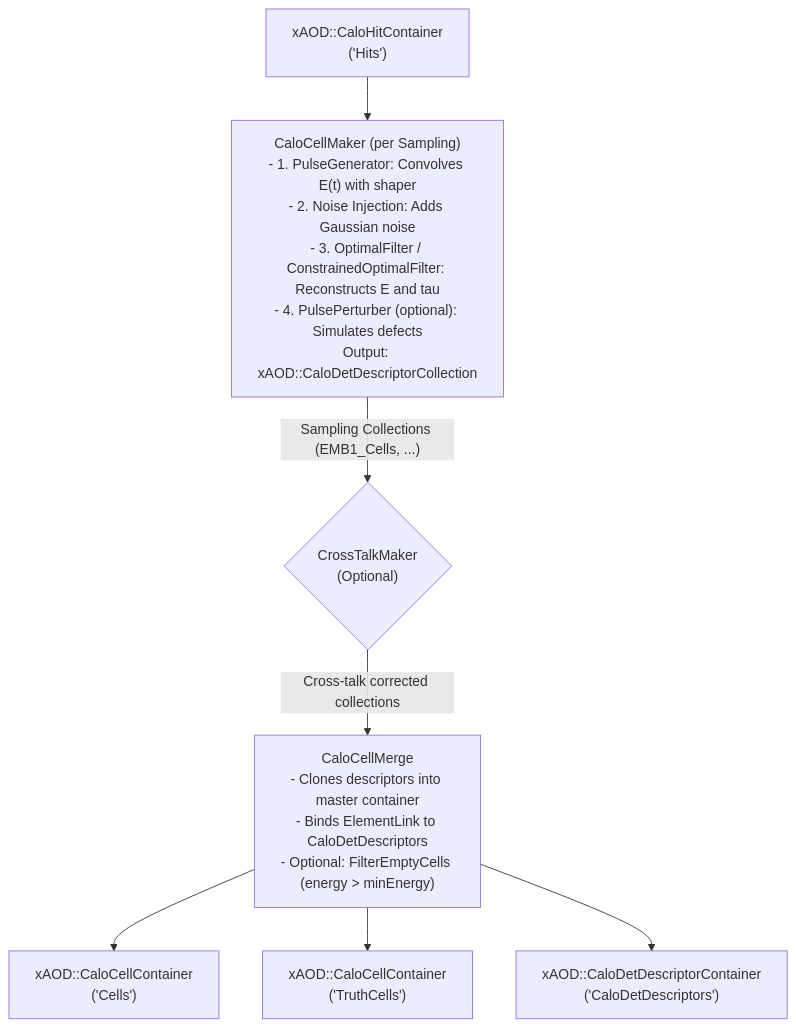
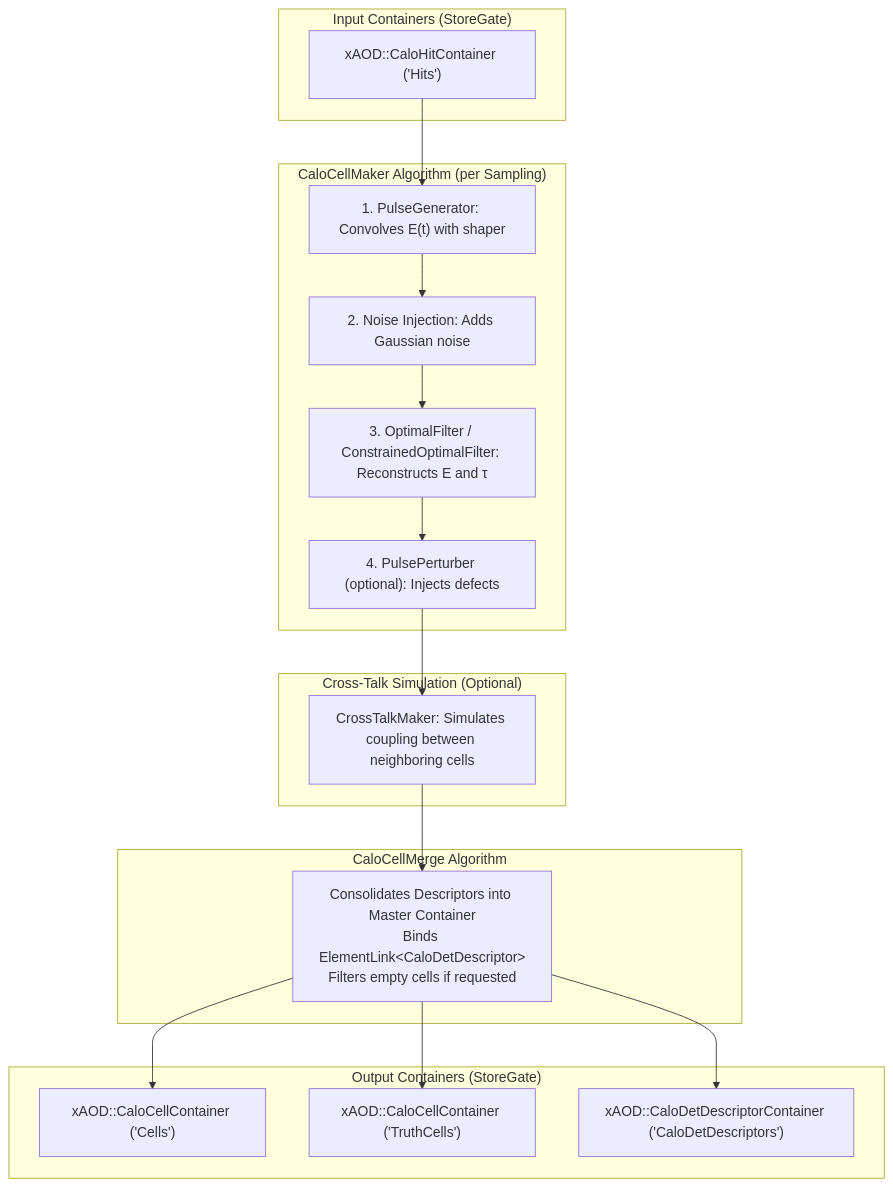
One commit to lordhsdw999-a11y/lorenzetti changed the diagram in reconstruction/calorimeter/CaloCellBuilder/README.md. Above: the diagram before and after it, drawn with Mermaid. The commit also changed 5 other files, not shown here.

````diff
--- a/reconstruction/calorimeter/CaloCellBuilder/README.md
+++ b/reconstruction/calorimeter/CaloCellBuilder/README.md
@@ -13,9 +13,35 @@
 ```mermaid
-flowchart TD
-    Hits["xAOD::CaloHitContainer<br/>('Hits')"] --> Maker["CaloCellMaker (per Sampling)<br/>- 1. PulseGenerator: Convolves E(t) with shaper<br/>- 2. Noise Injection: Adds Gaussian noise<br/>- 3. OptimalFilter / ConstrainedOptimalFilter: Reconstructs E and tau<br/>- 4. PulsePerturber (optional): Simulates defects<br/>Output: xAOD::CaloDetDescriptorCollection"]
-    Maker -->|"Sampling Collections (EMB1_Cells, ...)"| CrossTalk{"CrossTalkMaker<br/>(Optional)"}
-    CrossTalk -->|"Cross-talk corrected collections"| Merge["CaloCellMerge<br/>- Clones descriptors into master container<br/>- Binds ElementLink to CaloDetDescriptors<br/>- Optional: FilterEmptyCells (energy > minEnergy)"]
-    Merge --> Cells["xAOD::CaloCellContainer<br/>('Cells')"]
-    Merge --> TruthCells["xAOD::CaloCellContainer<br/>('TruthCells')"]
-    Merge --> Descriptors["xAOD::CaloDetDescriptorContainer<br/>('CaloDetDescriptors')"]
+graph TD
+    subgraph Inputs ["Input Containers (StoreGate)"]
+        Hits["xAOD::CaloHitContainer ('Hits')"]
+    end
+
+    subgraph SamplingDigitization ["CaloCellMaker Algorithm (per Sampling)"]
+        Pulse["1. PulseGenerator: Convolves E(t) with shaper"]
+        Noise["2. Noise Injection: Adds Gaussian noise"]
+        OF["3. OptimalFilter / ConstrainedOptimalFilter: Reconstructs E and &tau;"]
+        Defects["4. PulsePerturber (optional): Injects defects"]
+        Pulse --> Noise --> OF --> Defects
+    end
+
+    subgraph CrossTalkStage ["Cross-Talk Simulation (Optional)"]
+        CrossTalk["CrossTalkMaker: Simulates coupling between neighboring cells"]
+    end
+
+    subgraph MergingPipeline ["CaloCellMerge Algorithm"]
+        Merge["Consolidates Descriptors into Master Container<br/>Binds ElementLink&lt;CaloDetDescriptor&gt;<br/>Filters empty cells if requested"]
+    end
+
+    subgraph Output ["Output Containers (StoreGate)"]
+        Cells["xAOD::CaloCellContainer ('Cells')"]
+        TruthCells["xAOD::CaloCellContainer ('TruthCells')"]
+        Descriptors["xAOD::CaloDetDescriptorContainer ('CaloDetDescriptors')"]
+    end
+
+    Hits --> Pulse
+    Defects --> CrossTalk
+    CrossTalk --> Merge
+    Merge --> Cells
+    Merge --> TruthCells
+    Merge --> Descriptors
 ```
````
